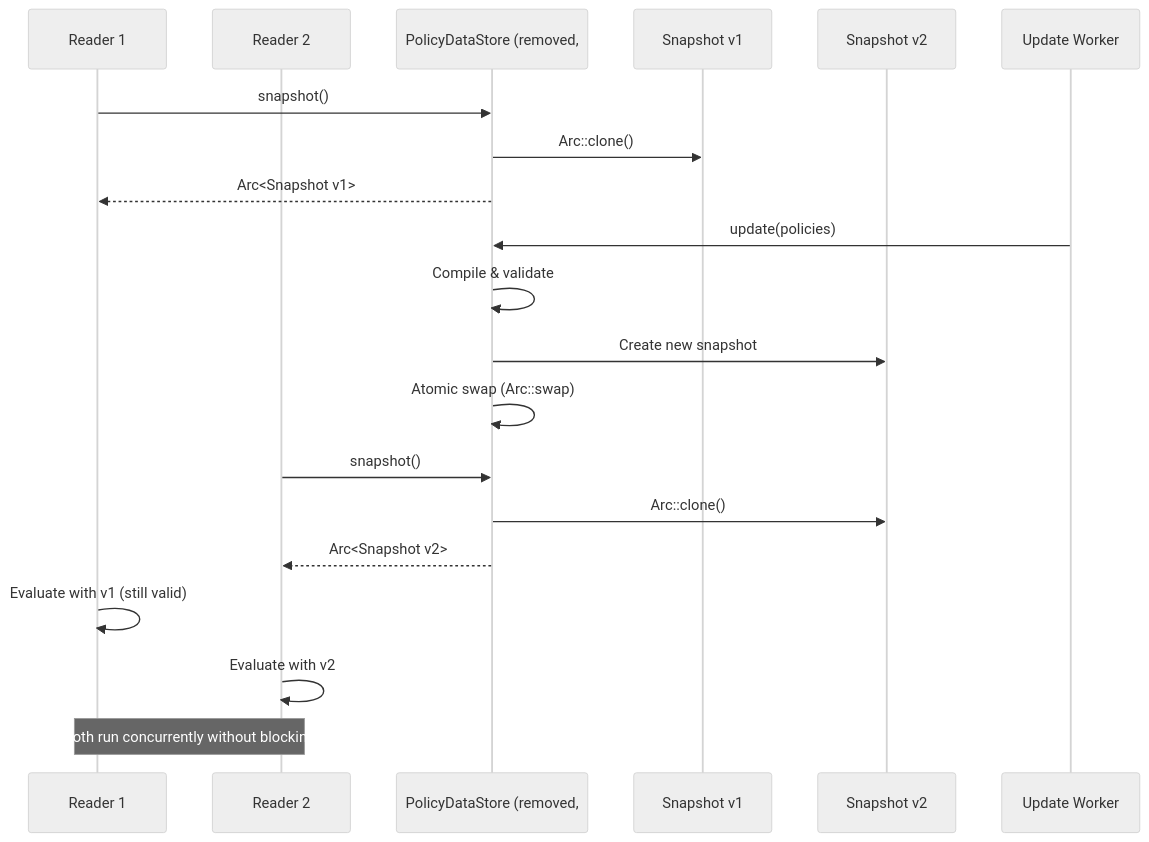
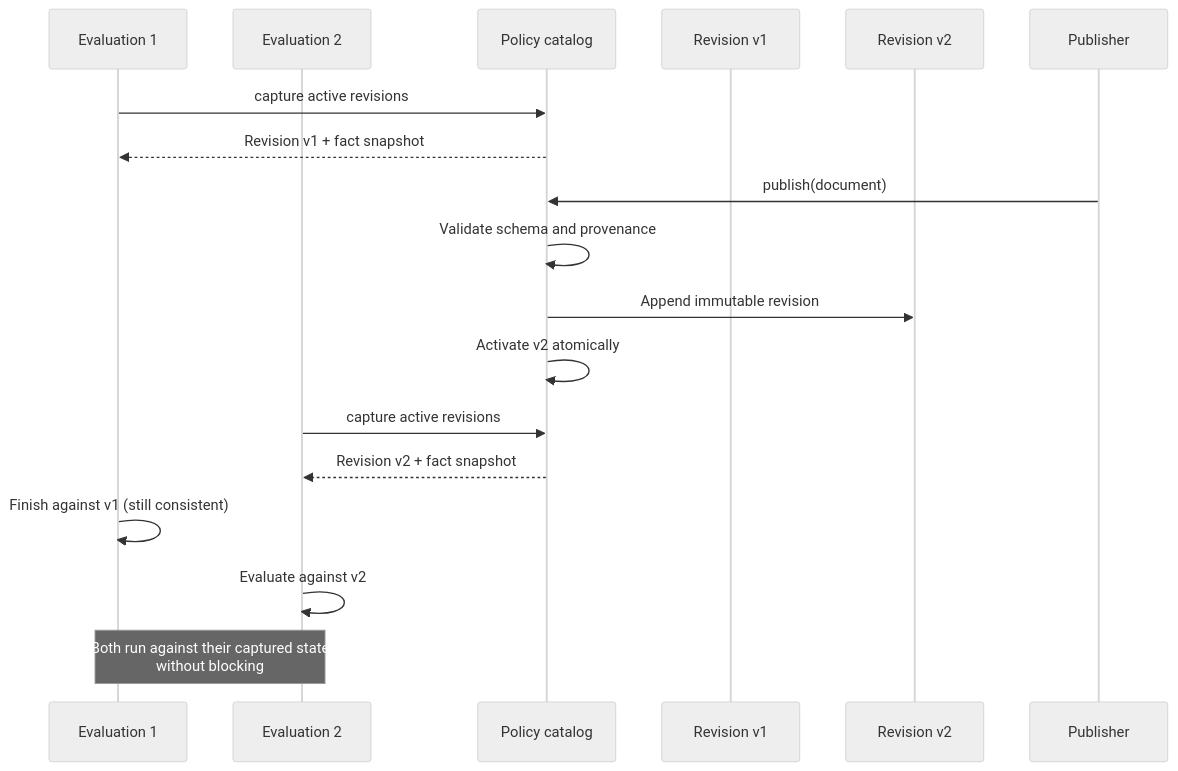
The diagram in MISSION.md (jrepp/ipe), drawn with Mermaid (neutral theme) before and after one commit. The commit also changed other lines of this file and 15 other files, not shown here.

````diff
--- a/MISSION.md
+++ b/MISSION.md
@@ -486,27 +479,25 @@
 ```mermaid
 sequenceDiagram
-    participant R1 as Reader 1
-    participant R2 as Reader 2
-    participant Store as PolicyDataStore (removed, #36)
-    participant V1 as Snapshot v1
-    participant V2 as Snapshot v2
-    participant Writer as Update Worker
+    participant R1 as Evaluation 1
+    participant R2 as Evaluation 2
+    participant Store as Policy catalog
+    participant V1 as Revision v1
+    participant V2 as Revision v2
+    participant Writer as Publisher
 
-    R1->>Store: snapshot()
-    Store->>V1: Arc::clone()
-    Store-->>R1: Arc<Snapshot v1>
+    R1->>Store: capture active revisions
+    Store-->>R1: Revision v1 + fact snapshot
 
-    Writer->>Store: update(policies)
-    Store->>Store: Compile & validate
-    Store->>V2: Create new snapshot
-    Store->>Store: Atomic swap (Arc::swap)
+    Writer->>Store: publish(document)
+    Store->>Store: Validate schema and provenance
+    Store->>V2: Append immutable revision
+    Store->>Store: Activate v2 atomically
 
-    R2->>Store: snapshot()
-    Store->>V2: Arc::clone()
-    Store-->>R2: Arc<Snapshot v2>
+    R2->>Store: capture active revisions
+    Store-->>R2: Revision v2 + fact snapshot
 
-    R1->>R1: Evaluate with v1 (still valid)
-    R2->>R2: Evaluate with v2
+    R1->>R1: Finish against v1 (still consistent)
+    R2->>R2: Evaluate against v2
 
-    Note over R1,R2: Both run concurrently without blocking
+    Note over R1,R2: Both run against their captured state<br/>without blocking
 ```
````
